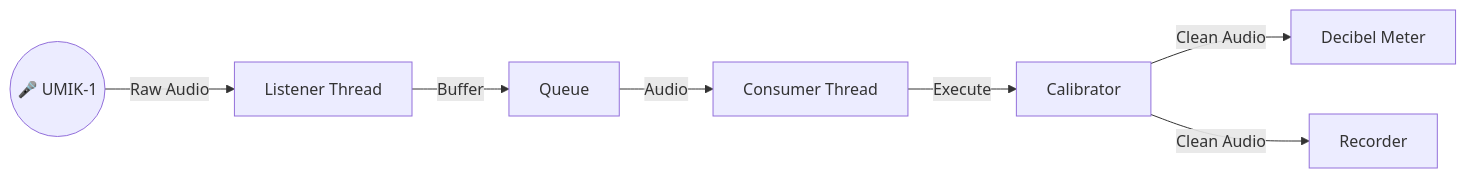
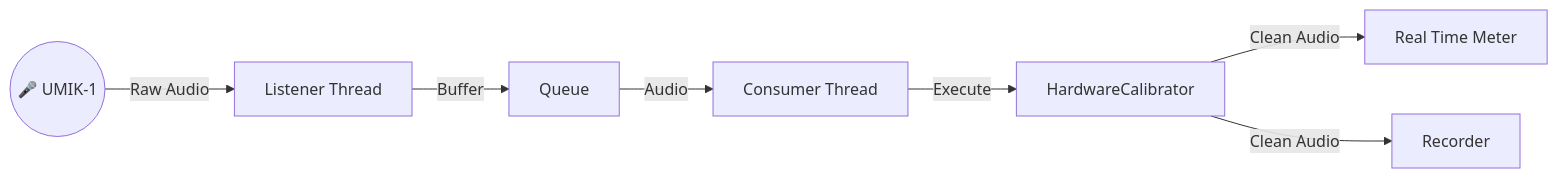
The diagram in README.md (danielfcollier/py-umik-base-app), drawn with Mermaid before and after one commit. The commit also changed other lines of this file and 92 other files, not shown here.

````diff
--- a/README.md
+++ b/README.md
@@ -74,10 +74,10 @@
 ```mermaid
 graph LR
     Mic((🎤 UMIK-1)) -->|Raw Audio| Producer[Listener Thread]
     Producer -->|Buffer| Queue[Queue]
     Queue -->|Audio| Consumer[Consumer Thread]
     
-    Consumer -->|Execute| Calibrator[Calibrator]
-    Calibrator -->|Clean Audio| Meter[Decibel Meter]
-    Calibrator -->|Clean Audio| Recorder[Recorder]
+    Consumer -->|Execute| HardwareCalibrator[HardwareCalibrator]
+    HardwareCalibrator -->|Clean Audio| Meter[Real Time Meter]
+    HardwareCalibrator -->|Clean Audio| Recorder[Recorder]
 ```
````
